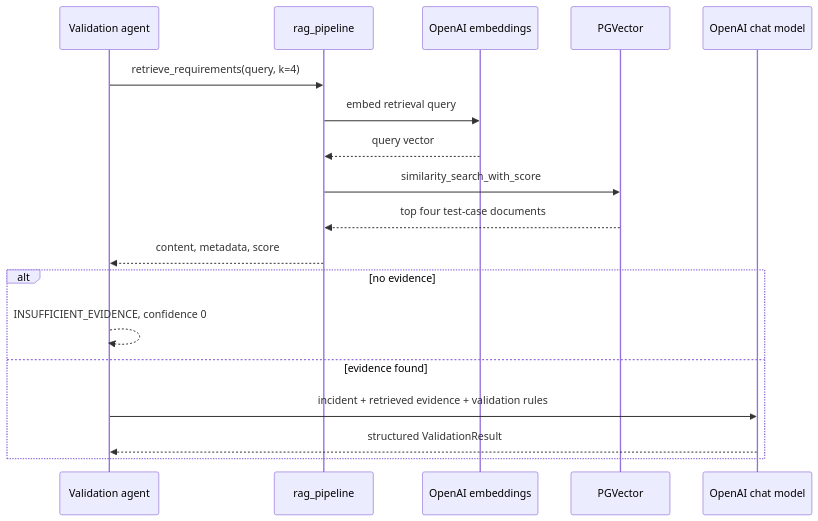
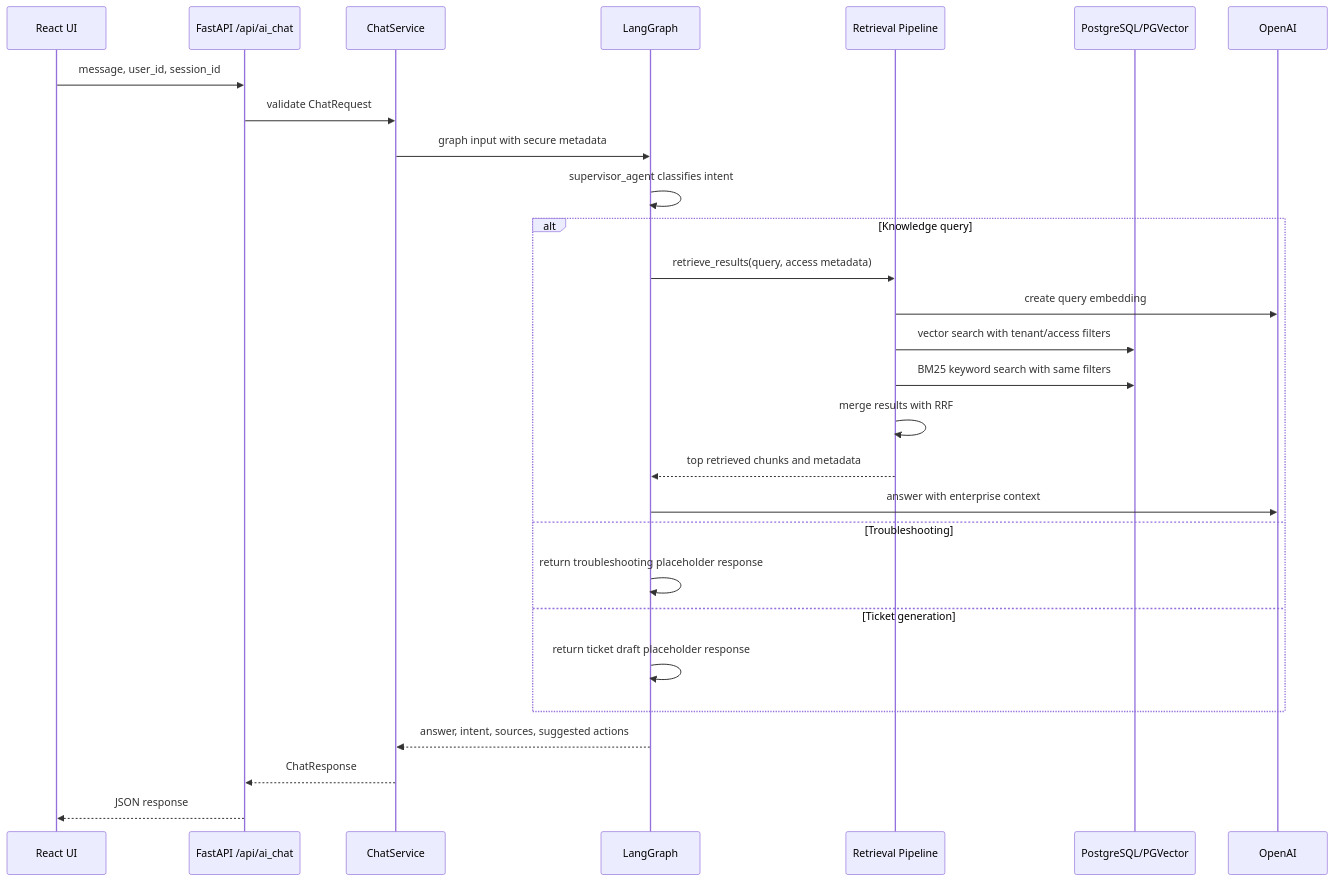
The second of 4 diagrams in README.md (pramodsahoo568/IncidentOpsAI-Architecture), drawn with Mermaid before and after one commit. The commit also changed other lines of this file, not shown here.

Commit message:
diagrams Added

````diff
--- a/README.md
+++ b/README.md
@@ -152,21 +124,31 @@
 ```mermaid
 sequenceDiagram
-    participant G as Validation agent
-    participant R as rag_pipeline
-    participant E as OpenAI embeddings
-    participant P as PGVector
-    participant L as OpenAI chat model
+    participant U as React UI
+    participant A as FastAPI /api/ai_chat
+    participant S as ChatService
+    participant G as LangGraph
+    participant R as Retrieval Pipeline
+    participant D as PostgreSQL/PGVector
+    participant L as OpenAI
 
-    G->>R: retrieve_requirements(query, k=4)
-    R->>E: embed retrieval query
-    E-->>R: query vector
-    R->>P: similarity_search_with_score
-    P-->>R: top four test-case documents
-    R-->>G: content, metadata, score
-    alt no evidence
-        G-->>G: INSUFFICIENT_EVIDENCE, confidence 0
-    else evidence found
-        G->>L: incident + retrieved evidence + validation rules
-        L-->>G: structured ValidationResult
+    U->>A: message, user_id, session_id
+    A->>S: validate ChatRequest
+    S->>G: graph input with secure metadata
+    G->>G: supervisor_agent classifies intent
+    alt Knowledge query
+        G->>R: retrieve_results(query, access metadata)
+        R->>L: create query embedding
+        R->>D: vector search with tenant/access filters
+        R->>D: BM25 keyword search with same filters
+        R->>R: merge results with RRF
+        R-->>G: top retrieved chunks and metadata
+        G->>L: answer with enterprise context
+    else Troubleshooting
+        G->>G: return troubleshooting placeholder response
+    else Ticket generation
+        G->>G: return ticket draft placeholder response
     end
+    G-->>S: answer, intent, sources, suggested actions
+    S-->>A: ChatResponse
+    A-->>U: JSON response
 ```
````
